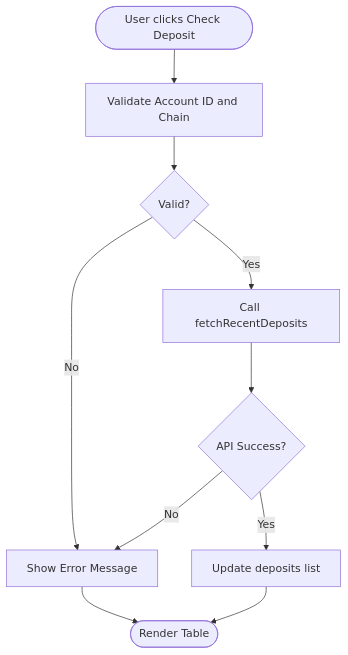
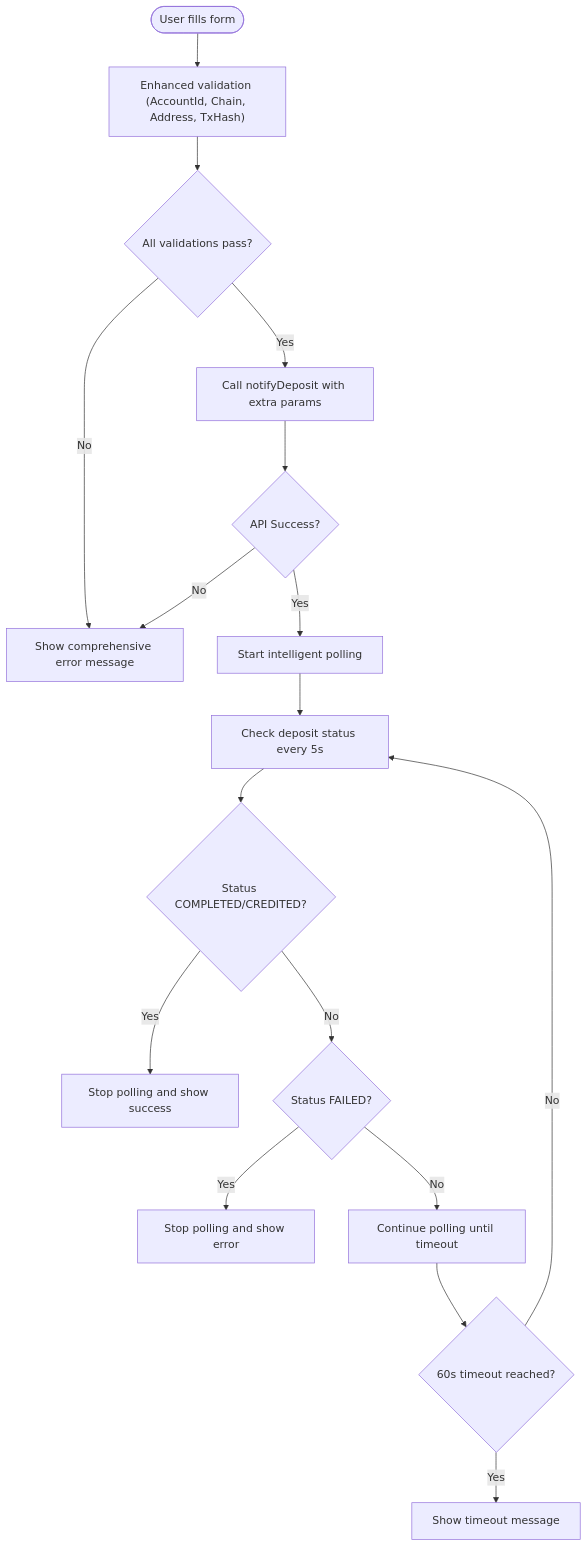
The fourth of 9 diagrams in .qoder/repowiki/en/content/Technical Architecture/Application Components.md (KaranMakani/deposit-fixer), drawn with Mermaid before and after one commit. The commit also changed other lines of this file and 10 other files, not shown here.

````diff
--- a/.qoder/repowiki/en/content/Technical Architecture/Application Components.md
+++ b/.qoder/repowiki/en/content/Technical Architecture/Application Components.md
@@ -205,12 +237,19 @@
 ```mermaid
 flowchart TD
-Start(["User clicks Check Deposit"]) --> Validate["Validate Account ID and Chain"]
-Validate --> Valid{"Valid?"}
-Valid --> |No| ShowError["Show Error Message"]
-Valid --> |Yes| CallAPI["Call fetchRecentDeposits"]
+Start(["User fills form"]) --> Validate["Enhanced validation (AccountId, Chain, Address, TxHash)"]
+Validate --> Valid{"All validations pass?"}
+Valid --> |No| ShowError["Show comprehensive error message"]
+Valid --> |Yes| CallAPI["Call notifyDeposit with extra params"]
 CallAPI --> Success{"API Success?"}
 Success --> |No| ShowError
-Success --> |Yes| UpdateList["Update deposits list"]
-UpdateList --> Done(["Render Table"])
-ShowError --> Done
+Success --> |Yes| StartPolling["Start intelligent polling"]
+StartPolling --> CheckStatus["Check deposit status every 5s"]
+CheckStatus --> Complete{"Status COMPLETED/CREDITED?"}
+Complete --> |Yes| StopPolling["Stop polling and show success"]
+Complete --> |No| Failed{"Status FAILED?"}
+Failed --> |Yes| StopPollingError["Stop polling and show error"]
+Failed --> |No| ContinuePolling["Continue polling until timeout"]
+ContinuePolling --> Timeout{"60s timeout reached?"}
+Timeout --> |Yes| ShowTimeout["Show timeout message"]
+Timeout --> |No| CheckStatus
 ```
````
